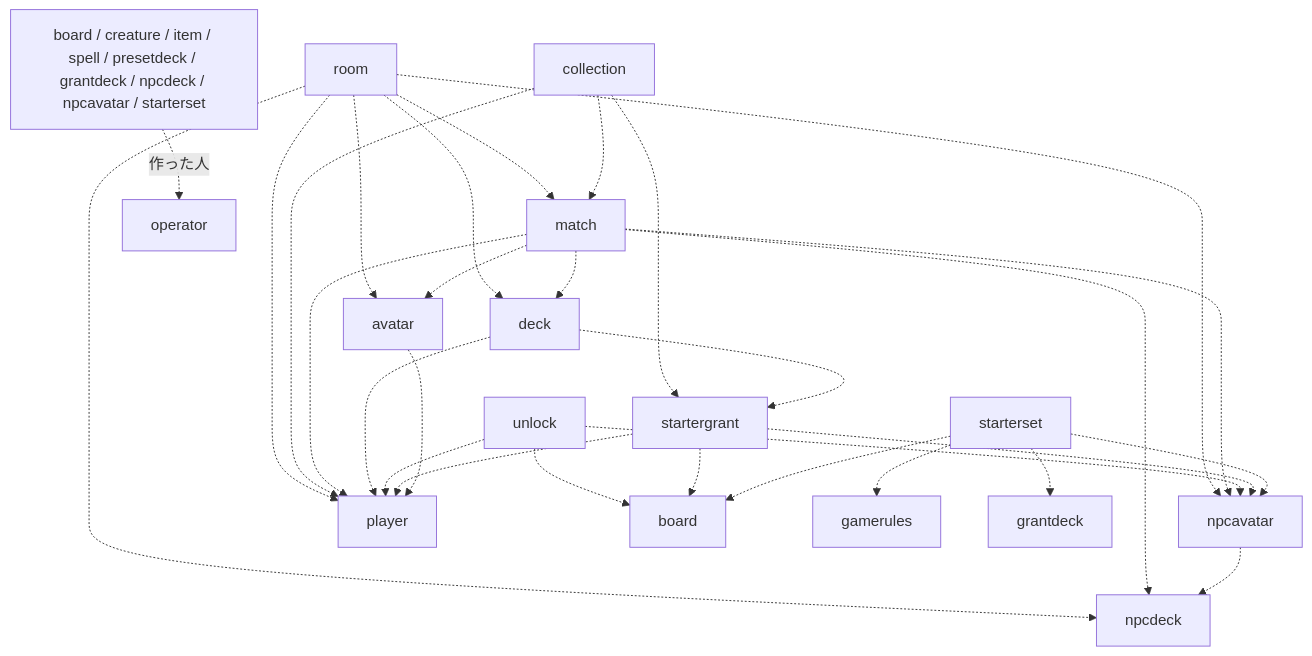
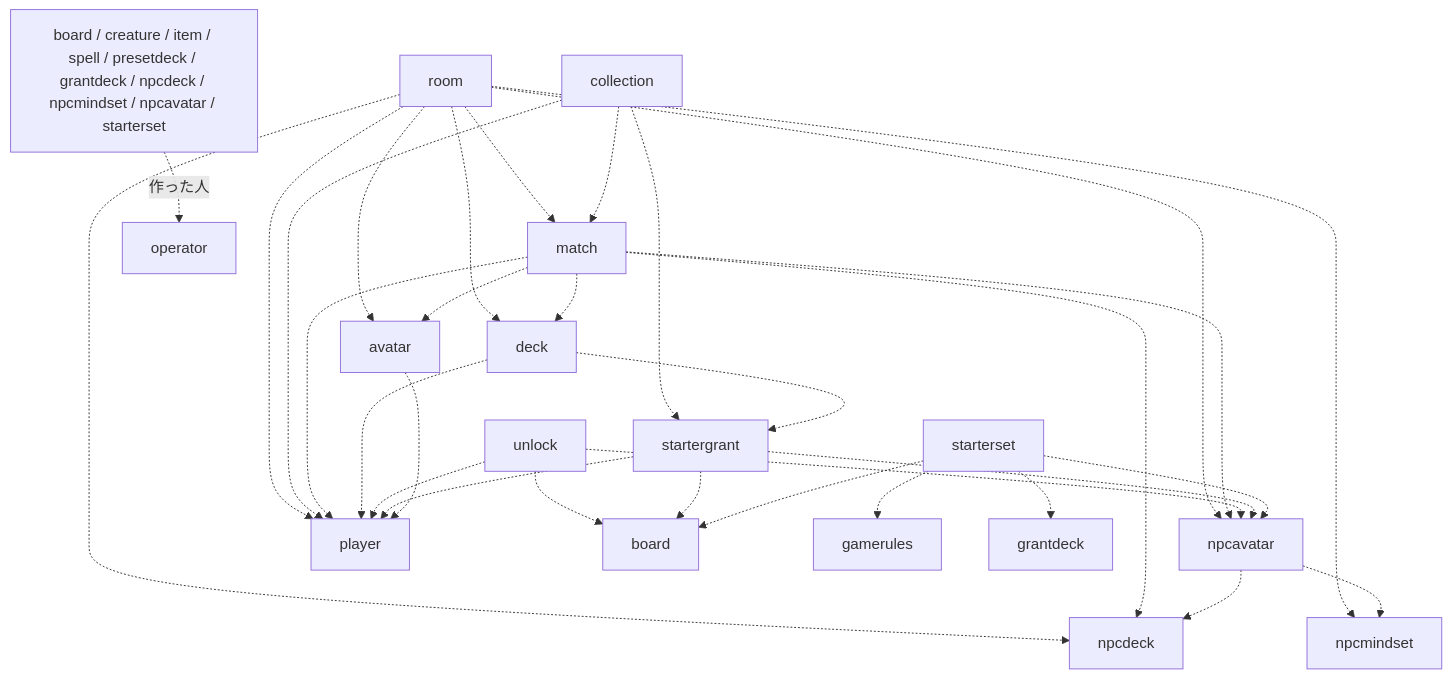
One commit to aimerzarashi/cardicedge-core changed the second of 2 diagrams in internal/domain/README.md. Above: the diagram before and after it, drawn with Mermaid. The commit also changed other lines of this file and 131 other files, not shown here.

````diff
--- a/internal/domain/README.md
+++ b/internal/domain/README.md
@@ -82,32 +90,34 @@
 ```mermaid
 graph TD
   room -.-> match
   room -.-> avatar
   room -.-> deck
   room -.-> npcavatar
   room -.-> npcdeck
+  room -.-> npcmindset
   room -.-> player
   collection -.-> match
   collection -.-> startergrant
   collection -.-> player
   match -.-> avatar
   match -.-> deck
   match -.-> npcavatar
   match -.-> npcdeck
   match -.-> player
   deck -.-> startergrant
   deck -.-> player
   unlock -.-> board
   unlock -.-> npcavatar
   unlock -.-> player
   startergrant -.-> board
   startergrant -.-> npcavatar
   startergrant -.-> player
   starterset -.-> board
   starterset -.-> gamerules
   starterset -.-> grantdeck
   starterset -.-> npcavatar
   npcavatar -.-> npcdeck
+  npcavatar -.-> npcmindset
   avatar -.-> player
-  studio_masters["board / creature / item / spell / presetdeck / grantdeck / npcdeck / npcavatar / starterset"] -.->|作った人| operator
+  studio_masters["board / creature / item / spell / presetdeck / grantdeck / npcdeck / npcmindset / npcavatar / starterset"] -.->|作った人| operator
 ```
````
